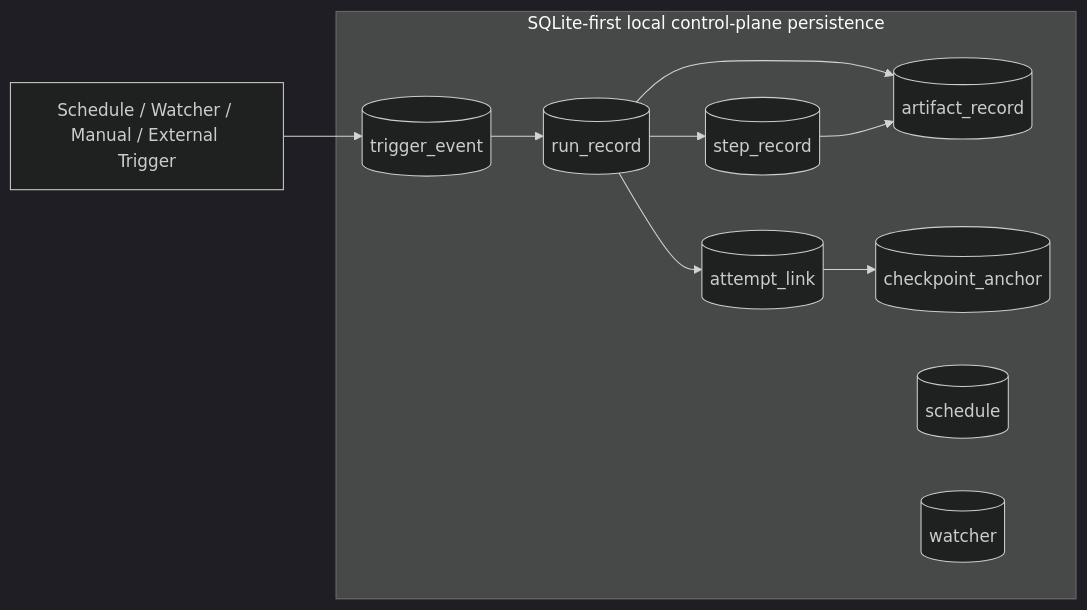
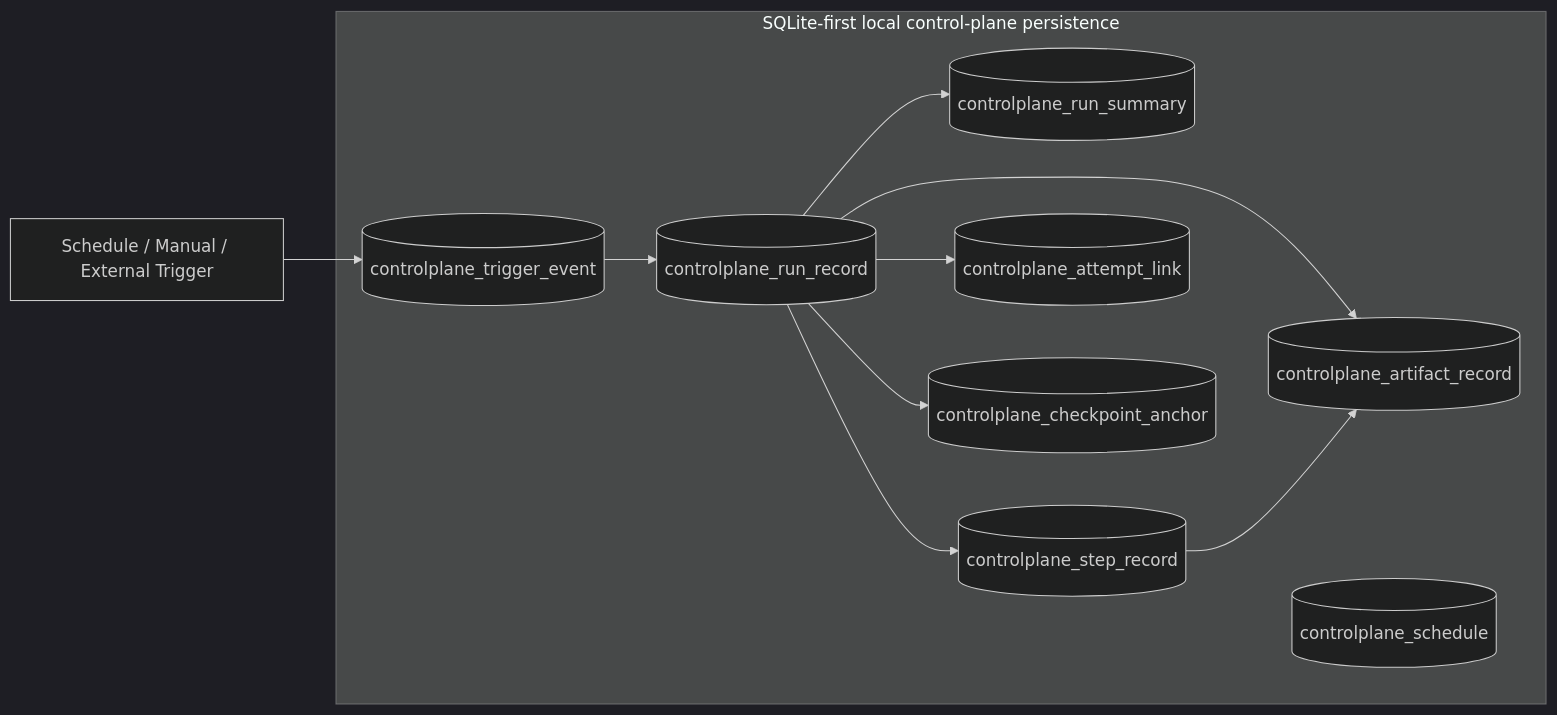
The first of 2 diagrams in docs/architecture/control-plane/control-plane-local-relational-schema.md (kbalanandam/spring-etl-engine), drawn with Mermaid (dark theme) before and after one commit. The commit also changed other lines of this file and 36 other files, not shown here.

Commit message:
feat(controlplane): complete schedule-trigger launches and runs visibility hardening

````diff
--- a/docs/architecture/control-plane/control-plane-local-relational-schema.md
+++ b/docs/architecture/control-plane/control-plane-local-relational-schema.md
@@ -62,21 +63,22 @@
 ```mermaid
 flowchart LR
-    TriggerSources[Schedule / Watcher / Manual / External Trigger] --> TriggerEventTable[(trigger_event)]
-    TriggerEventTable --> RunRecordTable[(run_record)]
-    RunRecordTable --> StepRecordTable[(step_record)]
-    RunRecordTable --> ArtifactRecordTable[(artifact_record)]
+    TriggerSources[Schedule / Manual / External Trigger] --> TriggerEventTable[(controlplane_trigger_event)]
+    TriggerEventTable --> RunRecordTable[(controlplane_run_record)]
+    RunRecordTable --> RunSummaryTable[(controlplane_run_summary)]
+    RunRecordTable --> StepRecordTable[(controlplane_step_record)]
+    RunRecordTable --> ArtifactRecordTable[(controlplane_artifact_record)]
     StepRecordTable --> ArtifactRecordTable
-    RunRecordTable --> AttemptLinkTable[(attempt_link)]
-    AttemptLinkTable --> CheckpointAnchorTable[(checkpoint_anchor)]
+    RunRecordTable --> AttemptLinkTable[(controlplane_attempt_link)]
+    RunRecordTable --> CheckpointAnchorTable[(controlplane_checkpoint_anchor)]
 
     subgraph LocalFirst[SQLite-first local control-plane persistence]
-        ScheduleTable[(schedule)]
-        WatcherTable[(watcher)]
+        ScheduleTable[(controlplane_schedule)]
         TriggerEventTable
         RunRecordTable
+        RunSummaryTable
         StepRecordTable
         ArtifactRecordTable
         AttemptLinkTable
         CheckpointAnchorTable
     end
 ```
````
